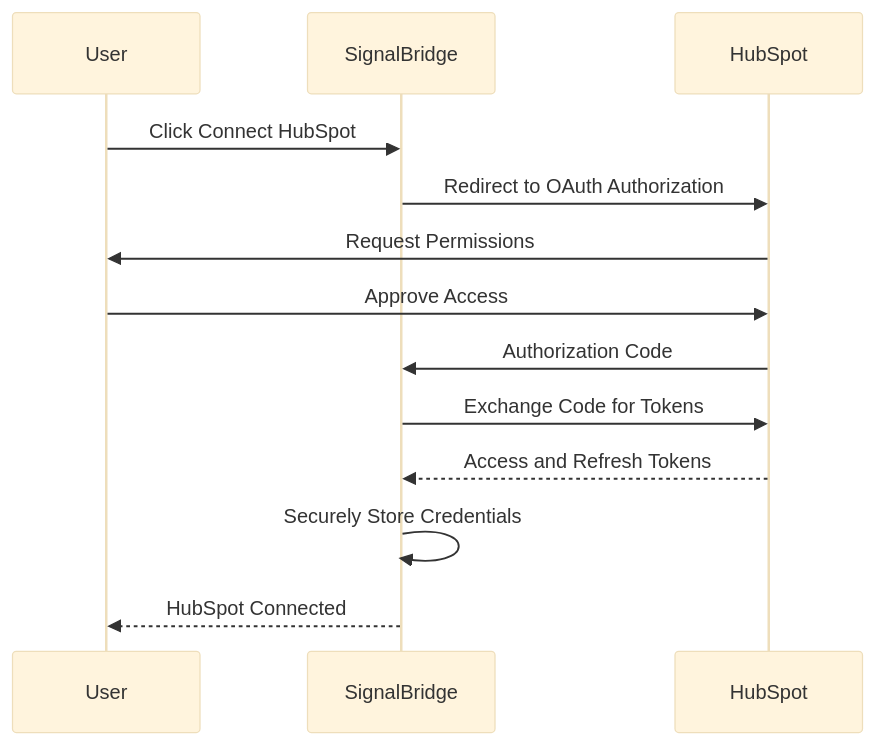
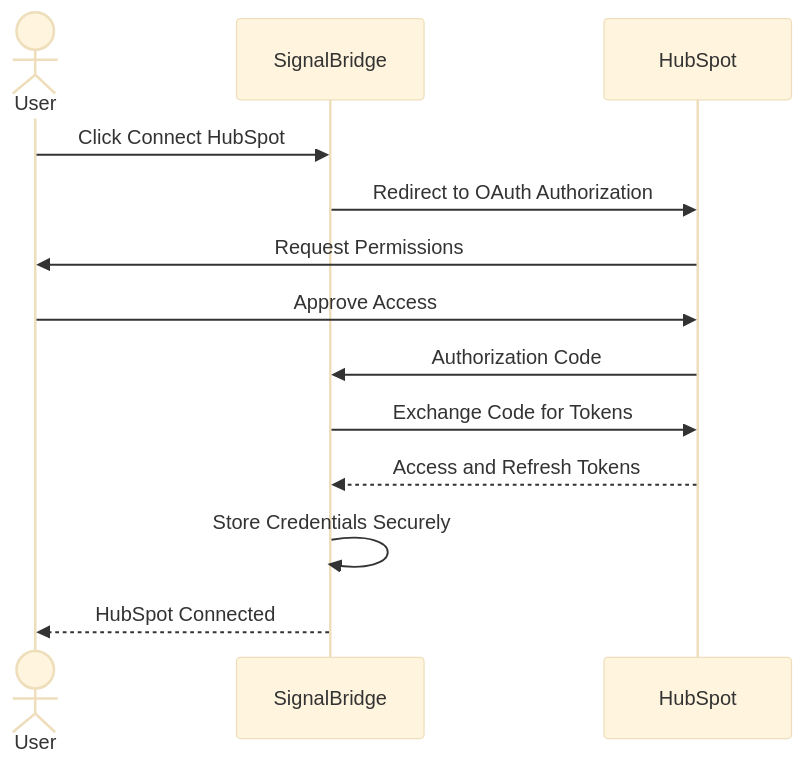
One commit to toyouin2000/signalbridge changed the fifth of 6 diagrams in README.md. Above: the diagram before and after it, drawn with Mermaid (base theme). The commit also changed other lines of this file, not shown here.

````diff
--- a/README.md
+++ b/README.md
@@ -257,16 +291,16 @@
 ```mermaid
 sequenceDiagram
-    participant U as User
-    participant S as SignalBridge
-    participant H as HubSpot
+    actor User
+    participant SB as SignalBridge
+    participant HS as HubSpot
 
-    U->>S: Click Connect HubSpot
-    S->>H: Redirect to OAuth Authorization
-    H->>U: Request Permissions
-    U->>H: Approve Access
-    H->>S: Authorization Code
-    S->>H: Exchange Code for Tokens
-    H-->>S: Access and Refresh Tokens
-    S->>S: Securely Store Credentials
-    S-->>U: HubSpot Connected
+    User->>SB: Click Connect HubSpot
+    SB->>HS: Redirect to OAuth Authorization
+    HS->>User: Request Permissions
+    User->>HS: Approve Access
+    HS->>SB: Authorization Code
+    SB->>HS: Exchange Code for Tokens
+    HS-->>SB: Access and Refresh Tokens
+    SB->>SB: Store Credentials Securely
+    SB-->>User: HubSpot Connected
 ```
````
